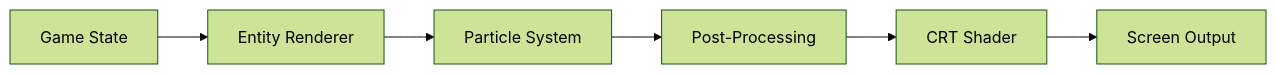
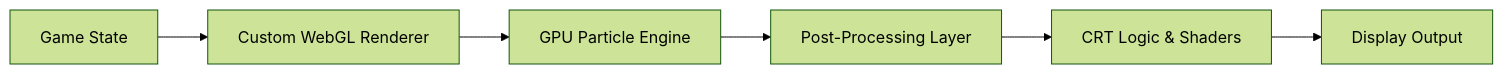
The second of 3 diagrams in readme.md (sjefvanleeuwen/shooter), drawn with Mermaid (forest theme) before and after one commit. The commit also changed other lines of this file and 4 other files, not shown here.

````diff
--- a/readme.md
+++ b/readme.md
@@ -49,8 +49,8 @@
 ```mermaid
 graph LR
-    A[Game State] --> B[Entity Renderer]
-    B --> C[Particle System]
-    C --> D[Post-Processing]
-    D --> E[CRT Shader]
-    E --> F[Screen Output]
+    A[Game State] --> B[Custom WebGL Renderer]
+    B --> C[GPU Particle Engine]
+    C --> D[Post-Processing Layer]
+    D --> E[CRT Logic & Shaders]
+    E --> F[Display Output]
 ```
````
